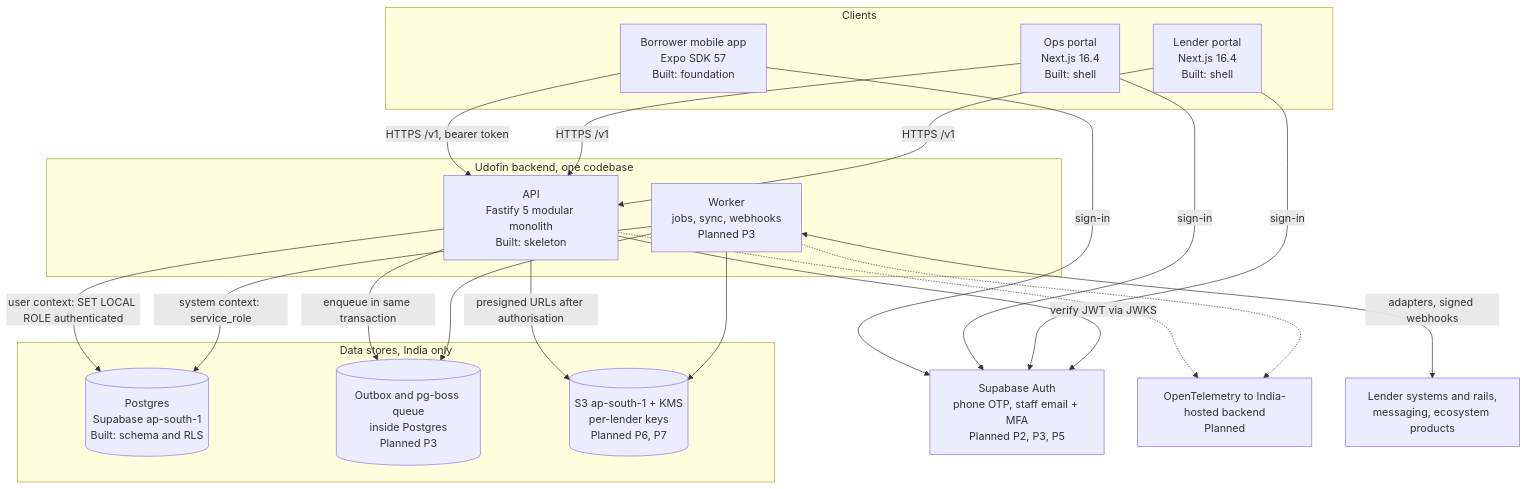
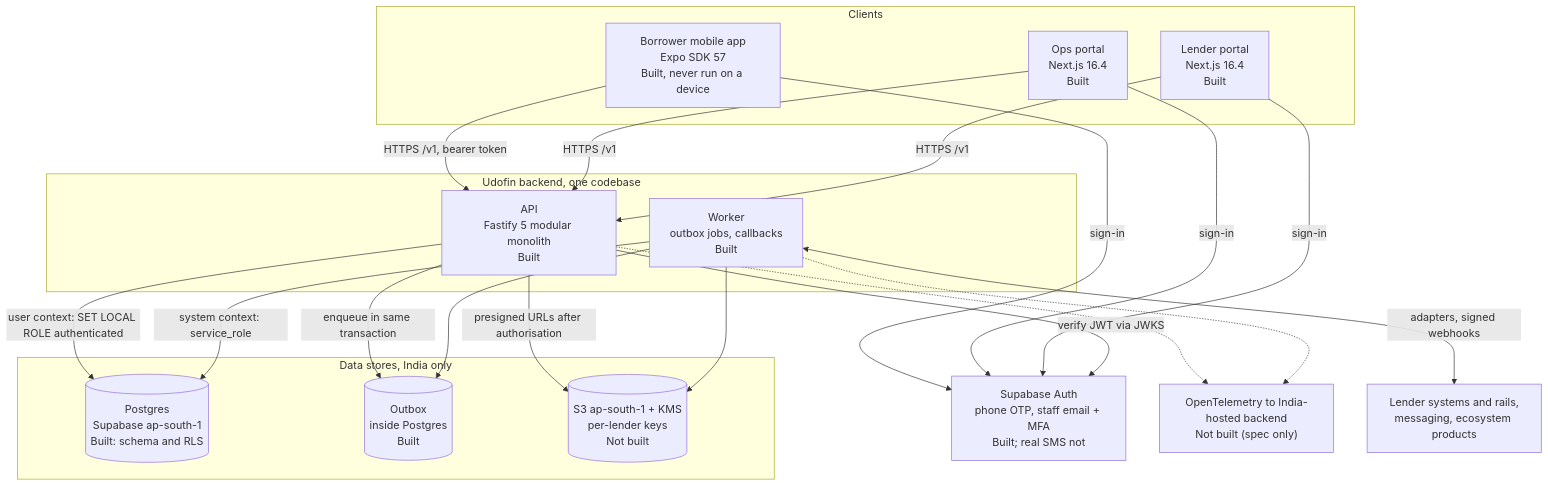
The second of 5 diagrams in docs/architecture/overview.md (lawdocs/udofin1), drawn with Mermaid before and after one commit. The commit also changed other lines of this file and 21 other files, not shown here.

````diff
--- a/docs/architecture/overview.md
+++ b/docs/architecture/overview.md
@@ -157,41 +159,41 @@
 ```mermaid
 flowchart TB
   subgraph clients["Clients"]
-    mobile["Borrower mobile app<br/>Expo SDK 57<br/>Built: foundation"]
-    opsportal["Ops portal<br/>Next.js 16.4<br/>Built: shell"]
-    lenderportal["Lender portal<br/>Next.js 16.4<br/>Built: shell"]
+    mobile["Borrower mobile app<br/>Expo SDK 57<br/>Built, never run on a device"]
+    opsportal["Ops portal<br/>Next.js 16.4<br/>Built"]
+    lenderportal["Lender portal<br/>Next.js 16.4<br/>Built"]
   end
 
-  auth["Supabase Auth<br/>phone OTP, staff email + MFA<br/>Planned P2, P3, P5"]
+  auth["Supabase Auth<br/>phone OTP, staff email + MFA<br/>Built; real SMS not"]
 
   subgraph backend["Udofin backend, one codebase"]
-    api["API<br/>Fastify 5 modular monolith<br/>Built: skeleton"]
-    worker["Worker<br/>jobs, sync, webhooks<br/>Planned P3"]
+    api["API<br/>Fastify 5 modular monolith<br/>Built"]
+    worker["Worker<br/>outbox jobs, callbacks<br/>Built"]
   end
 
   subgraph stores["Data stores, India only"]
     pg[("Postgres<br/>Supabase ap-south-1<br/>Built: schema and RLS")]
-    queue[("Outbox and pg-boss queue<br/>inside Postgres<br/>Planned P3")]
-    s3[("S3 ap-south-1 + KMS<br/>per-lender keys<br/>Planned P6, P7")]
+    queue[("Outbox<br/>inside Postgres<br/>Built")]
+    s3[("S3 ap-south-1 + KMS<br/>per-lender keys<br/>Not built")]
   end
 
-  obs["OpenTelemetry to India-hosted backend<br/>Planned"]
+  obs["OpenTelemetry to India-hosted backend<br/>Not built (spec only)"]
   ext["Lender systems and rails,<br/>messaging, ecosystem products"]
 
   mobile -->|"HTTPS /v1, bearer token"| api
   opsportal -->|"HTTPS /v1"| api
   lenderportal -->|"HTTPS /v1"| api
   mobile -->|"sign-in"| auth
   opsportal -->|"sign-in"| auth
   lenderportal -->|"sign-in"| auth
   api -->|"verify JWT via JWKS"| auth
   api -->|"user context: SET LOCAL ROLE authenticated"| pg
   api -->|"enqueue in same transaction"| queue
   worker -->|"system context: service_role"| pg
   worker --> queue
   api -->|"presigned URLs after authorisation"| s3
   worker --> s3
   worker <-->|"adapters, signed webhooks"| ext
   api -.-> obs
   worker -.-> obs
 ```
````
